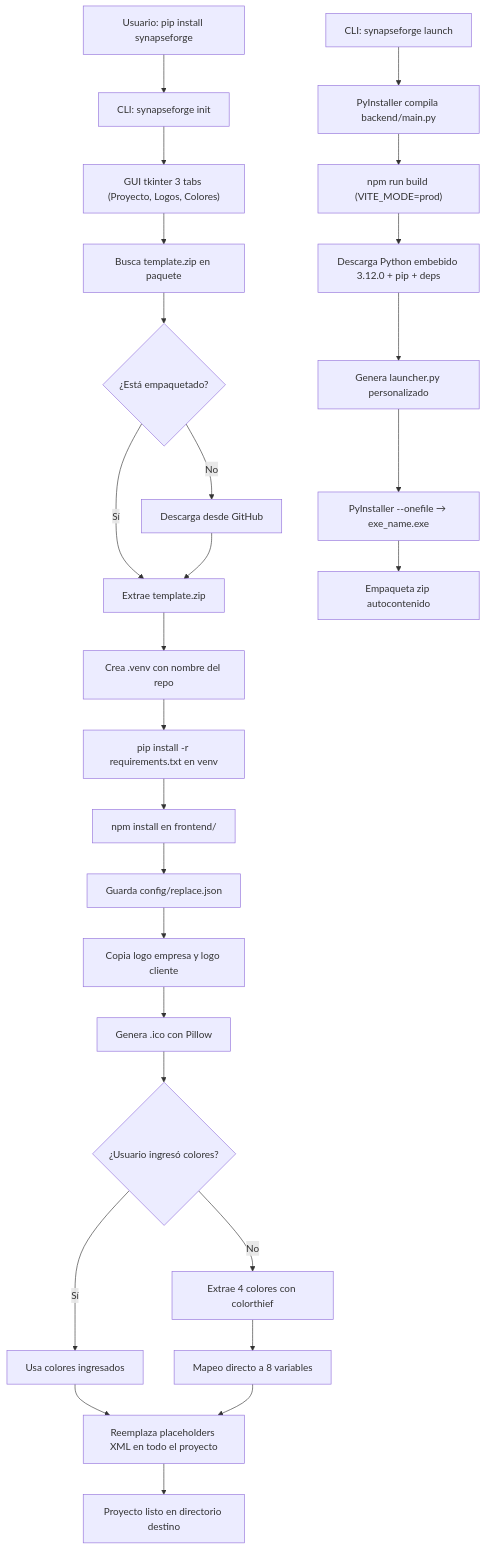
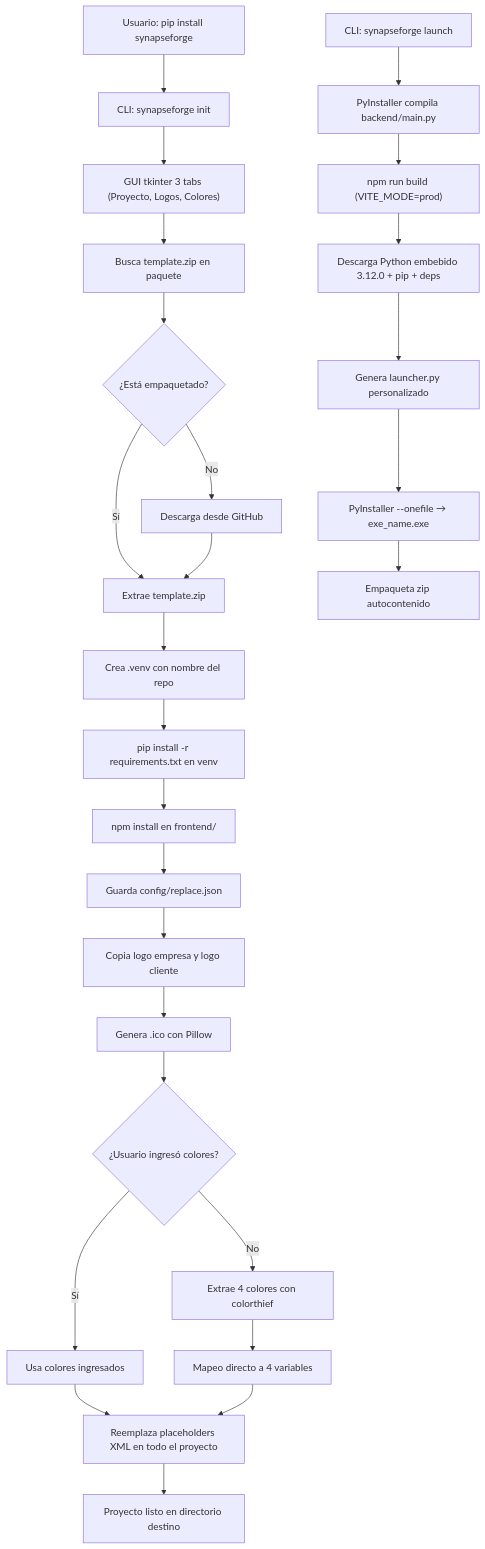
One commit to synapse-ai-hub/synapseForge changed the diagram in README.md. Above: the diagram before and after it, drawn with Mermaid. The commit also changed other lines of this file and 12 other files, not shown here.

````diff
--- a/README.md
+++ b/README.md
@@ -245,30 +243,30 @@
 ```mermaid
 flowchart TD
     A["Usuario: pip install synapseforge"] --> B["CLI: synapseforge init"]
     B --> C["GUI tkinter 3 tabs (Proyecto, Logos, Colores)"]
     C --> D["Busca template.zip en paquete"]
     D --> E{"¿Está empaquetado?"}
     E -->|"Sí"| F["Extrae template.zip"]
     E -->|"No"| G["Descarga desde GitHub"]
     G --> F
     F --> H["Crea .venv con nombre del repo"]
     H --> I["pip install -r requirements.txt en venv"]
     I --> J["npm install en frontend/"]
     J --> K["Guarda config/replace.json"]
     K --> L["Copia logo empresa y logo cliente"]
     L --> M["Genera .ico con Pillow"]
     M --> N{"¿Usuario ingresó colores?"}
     N -->|"Sí"| O["Usa colores ingresados"]
     N -->|"No"| P["Extrae 4 colores con colorthief"]
-    P --> Q["Mapeo directo a 8 variables"]
+    P --> Q["Mapeo directo a 4 variables"]
     O --> R["Reemplaza placeholders XML en todo el proyecto"]
     Q --> R
     R --> S["Proyecto listo en directorio destino"]
 
     T["CLI: synapseforge launch"] --> U["PyInstaller compila backend/main.py"]
     U --> V["npm run build (VITE_MODE=prod)"]
     V --> W["Descarga Python embebido 3.12.0 + pip + deps"]
     W --> X["Genera launcher.py personalizado"]
     X --> Y["PyInstaller --onefile → exe_name.exe"]
     Y --> Z["Empaqueta zip autocontenido"]
 ```
````
